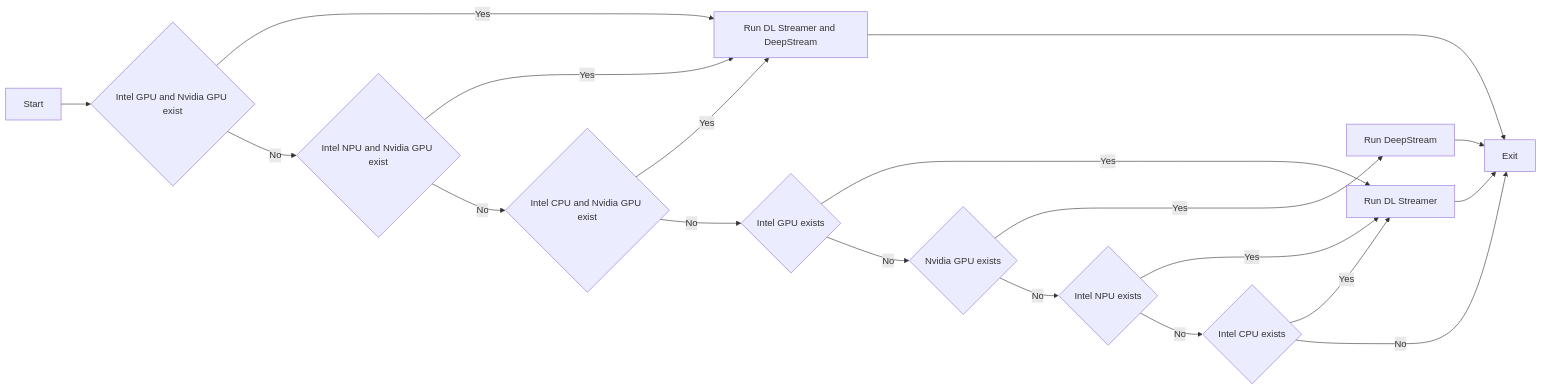
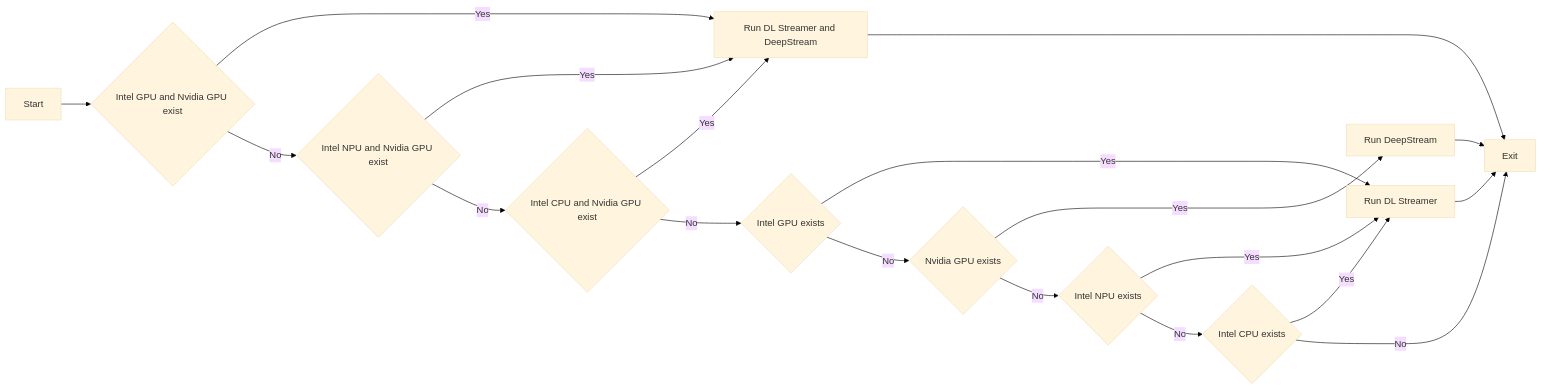
One commit to open-edge-platform/dlstreamer changed the diagram in docs/user-guide/dev_guide/dlstreamer-deepstream-coexistence.md. Above: the diagram before and after it, drawn with Mermaid.

Commit message:
Fixed documentation for DL Streamer and DeepStream coexistence, part2

````diff
--- a/docs/user-guide/dev_guide/dlstreamer-deepstream-coexistence.md
+++ b/docs/user-guide/dev_guide/dlstreamer-deepstream-coexistence.md
@@ -75,22 +75,22 @@
 ```mermaid
-%%{ init : { "theme" : "light", "themeVariables" : { "background" : "#ffffff" }}}%%
+%%{ init : { "theme" : "base", "themeVariables" : { "background" : "#ffffff" }}}%%
 flowchart LR
     A[Start] --> B{Intel GPU and Nvidia GPU exist}
     B -->|Yes| C[Run DL Streamer and DeepStream]
 	B -->|No| D{Intel NPU and Nvidia GPU exist}
 	D -->|Yes| C
 	D -->|No| E{Intel CPU and Nvidia GPU exist}
 	E -->|Yes| C
 	E -->|No| F{Intel GPU exists}
 	F -->|Yes| G[Run DL Streamer]
 	F -->|No| H{Nvidia GPU exists}
 	H -->|Yes| I[Run DeepStream]
 	H -->|No| J{Intel NPU exists}
 	J -->|Yes| G
 	J -->|No| K{Intel CPU exists}
 	K -->|Yes| G
 	K -->|No| L[Exit]
 	C --> L
 	G --> L
 	I --> L
 ```
````
